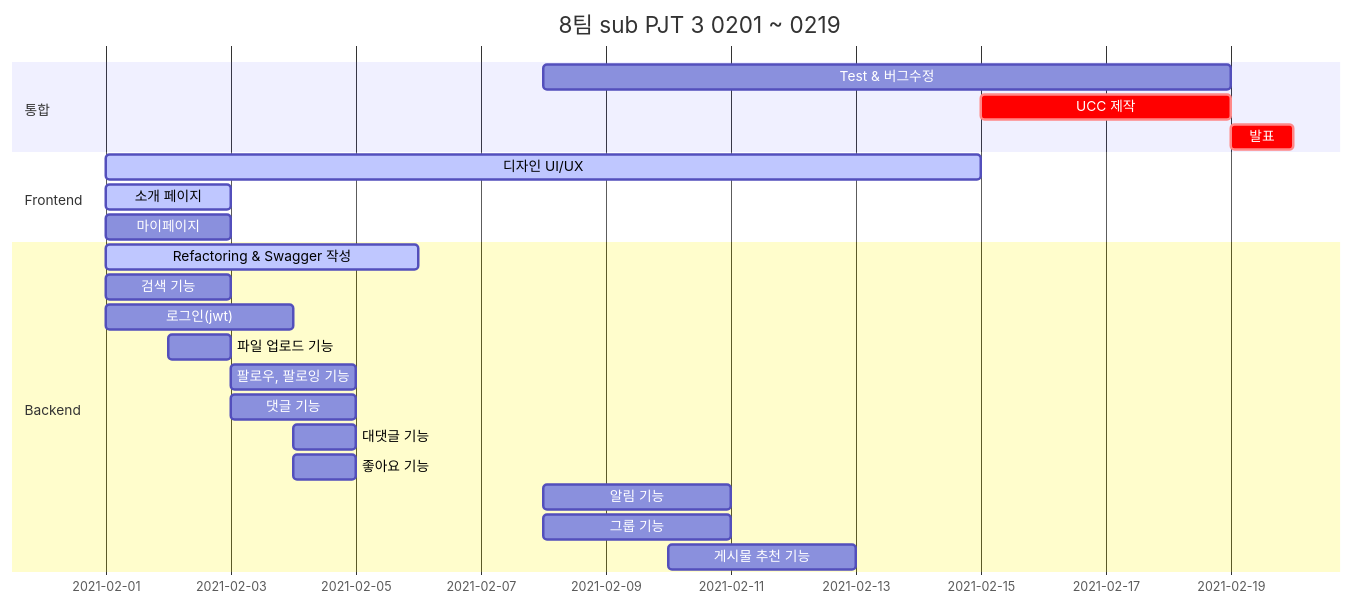
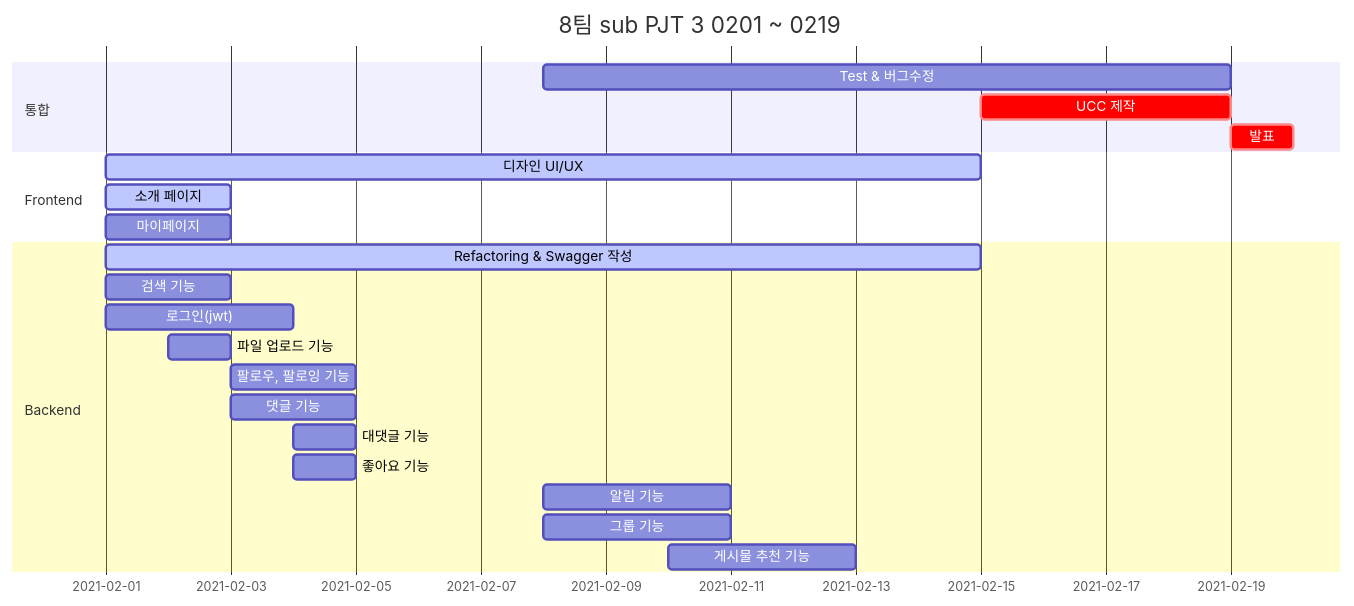
One commit to mingddo/3PM changed the diagram in README.md. Above: the diagram before and after it, drawn with Mermaid.

````diff
--- a/README.md
+++ b/README.md
@@ -17,29 +17,29 @@
 ```mermaid
 gantt
     dateFormat  YYYY-MM-DD
     title       8팀 sub PJT 3 0201 ~ 0219
 
     section 통합
     Test & 버그수정 :after, 2021-02-08, 11d
     UCC 제작 :crit, after, 2021-02-15, 4d
     발표 :crit, after, 2021-02-19, 1d
     
     section Frontend
     디자인 UI/UX :active, 2021-02-01, 14d
     소개 페이지 :active, 2021-02-01, 2d
     마이페이지 :after, 2021-02-01, 2d
 
     section Backend
-    Refactoring & Swagger 작성 :active, 2021-02-01, 5d
+    Refactoring & Swagger 작성 :active, 2021-02-01, 14d
     검색 기능 :after, 2021-02-01, 2d
     로그인(jwt) :after, 2021-02-01, 3d
     파일 업로드 기능 :after, 2021-02-02, 1d
     팔로우, 팔로잉 기능 :after, 2021-02-03, 2d
     댓글 기능 :after, 2021-02-03, 2d
     대댓글 기능 :after, 2021-02-04, 1d
     좋아요 기능 :after, 2021-02-04, 1d
     알림 기능 :after, 2021-02-08, 3d
     그룹 기능 :after, 2021-02-08, 3d
     게시물 추천 기능 :after, 2021-02-10, 3d
 
 ```
````
